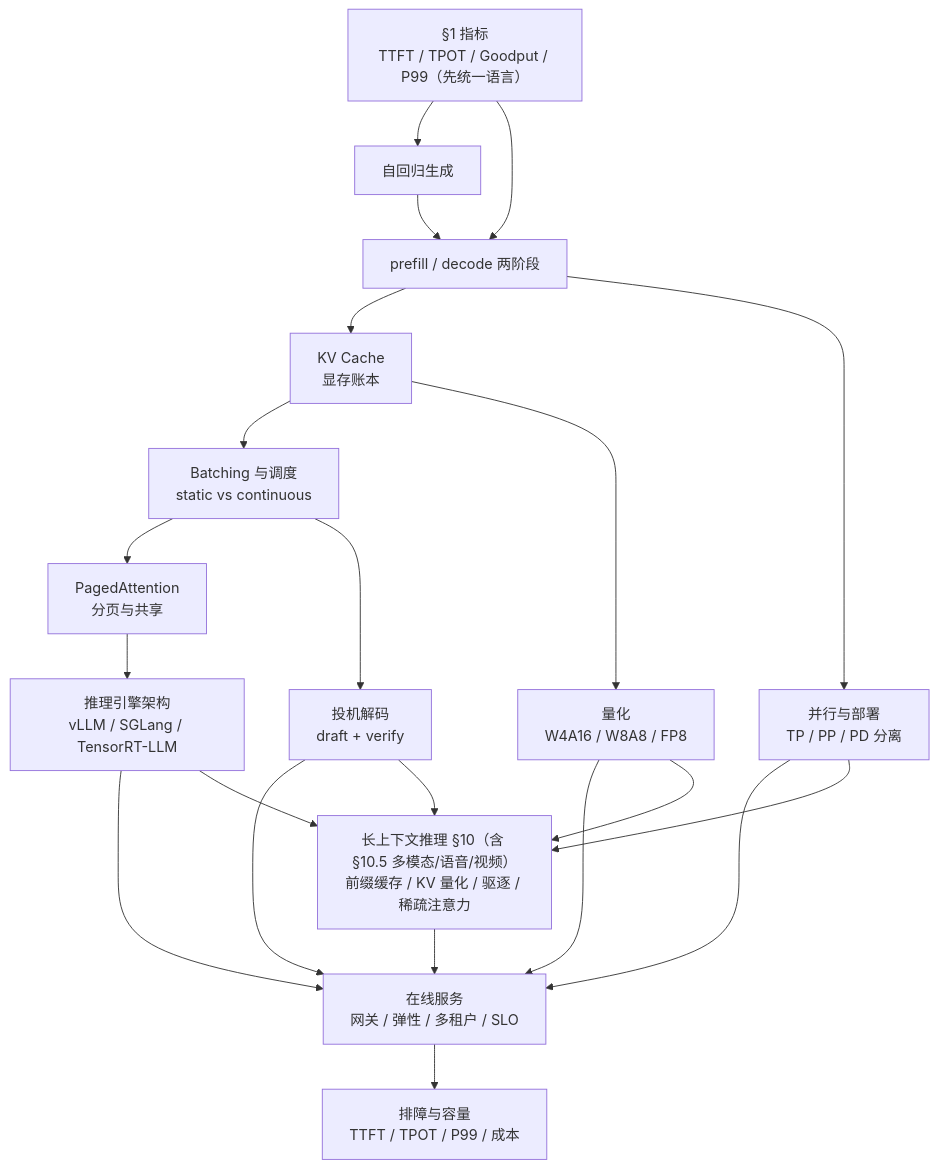
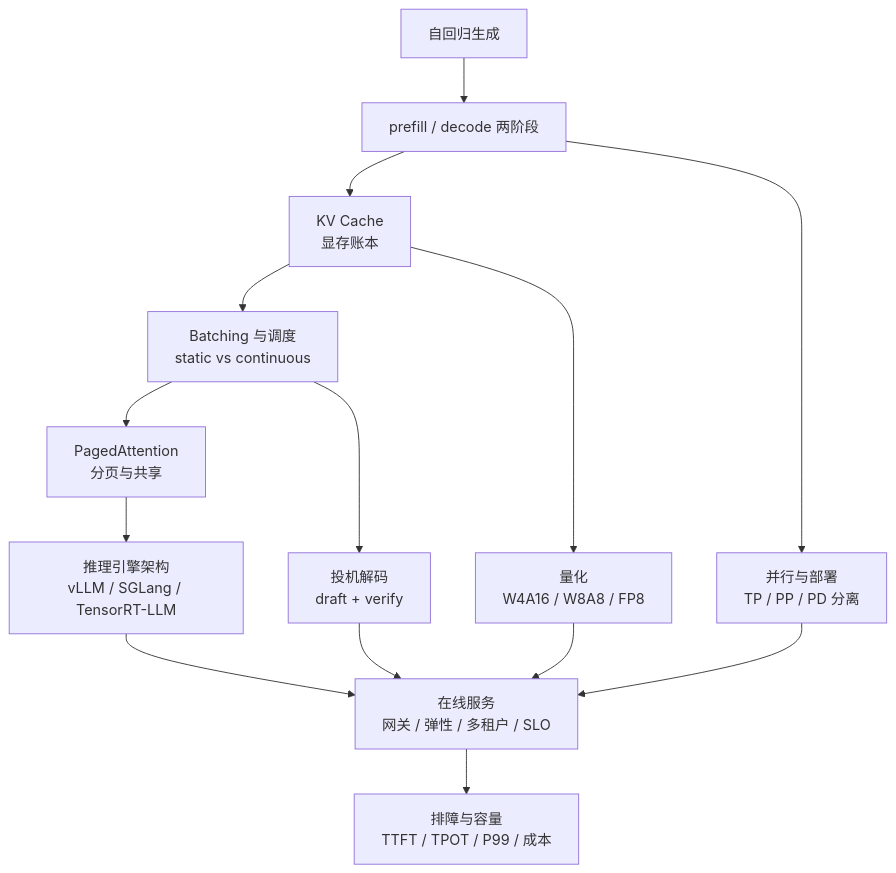
Before and after one commit to Xingkai98/ai-infra-notes-site: the diagram in docs/notes/22_inference_systems.md, drawn with Mermaid. The commit also changed other lines of this file and 5 other files, not shown here.

````diff
--- a/docs/notes/22_inference_systems.md
+++ b/docs/notes/22_inference_systems.md
@@ -30,26 +27,16 @@
 ```mermaid
 graph TD
   A["自回归生成"] --> B["prefill / decode 两阶段"]
-
-  M["§1 指标<br/>TTFT / TPOT / Goodput / P99（先统一语言）"] --> A
-  M --> B
   B --> C["KV Cache<br/>显存账本"]
   C --> D["Batching 与调度<br/>static vs continuous"]
   D --> E["PagedAttention<br/>分页与共享"]
   E --> F["推理引擎架构<br/>vLLM / SGLang / TensorRT-LLM"]
   B --> G["并行与部署<br/>TP / PP / PD 分离"]
   C --> H["量化<br/>W4A16 / W8A8 / FP8"]
   D --> I["投机解码<br/>draft + verify"]
   F --> J["在线服务<br/>网关 / 弹性 / 多租户 / SLO"]
   G --> J
   H --> J
   I --> J
-
-  L["长上下文推理 §10（含 §10.5 多模态/语音/视频）<br/>前缀缓存 / KV 量化 / 驱逐 / 稀疏注意力"]
-  F --> L
-  G --> L
-  H --> L
-  I --> L
-  L --> J
   J --> K["排障与容量<br/>TTFT / TPOT / P99 / 成本"]
 ```
````
